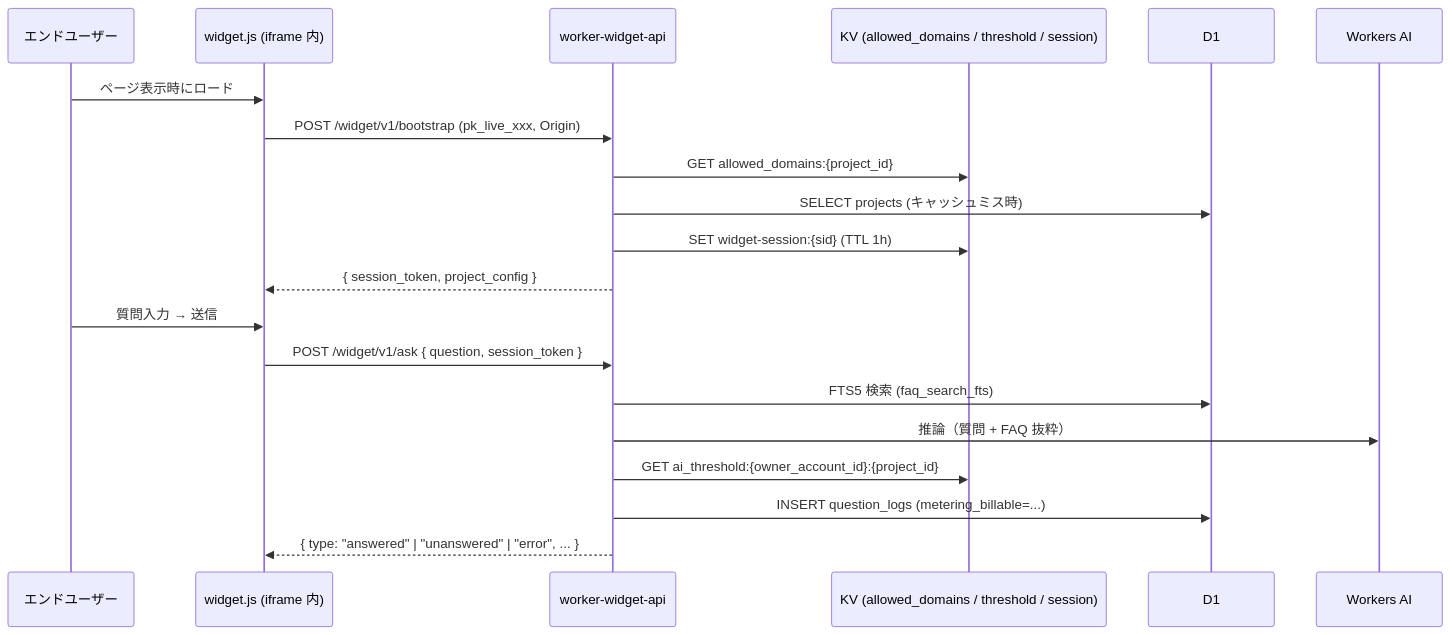
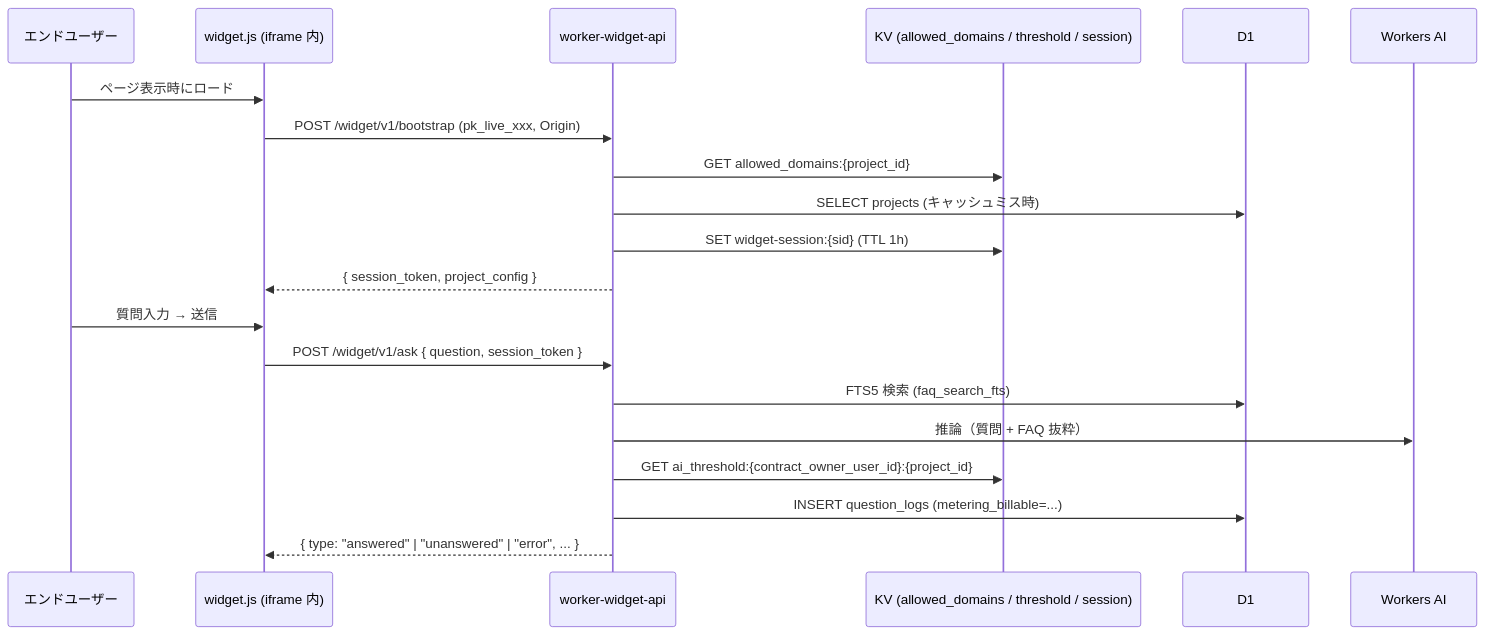
Before and after one commit to sikakou54/open-faq: the diagram in 01_メインシステム/03_詳細設計/DD13_ウィジェット配信.md, drawn with Mermaid. The commit also changed 148 other files, not shown here.

First line of the commit message:
docs: v1.12 ユーザー情報管理 3 表分割リファクタリング(accounts → users / contract_owners / project_users)+ build_all_pdfs.sh 追加 + PDF 再生成

````diff
--- a/01_メインシステム/03_詳細設計/DD13_ウィジェット配信.md
+++ b/01_メインシステム/03_詳細設計/DD13_ウィジェット配信.md
@@ -42,23 +42,23 @@
 ```mermaid
 sequenceDiagram
   participant E as エンドユーザー
   participant W as widget.js (iframe 内)
   participant API as worker-widget-api
   participant K as KV (allowed_domains / threshold / session)
   participant D as D1
   participant AI as Workers AI
 
   E->>W: ページ表示時にロード
   W->>API: POST /widget/v1/bootstrap (pk_live_xxx, Origin)
   API->>K: GET allowed_domains:{project_id}
   API->>D: SELECT projects (キャッシュミス時)
   API->>K: SET widget-session:{sid} (TTL 1h)
   API-->>W: { session_token, project_config }
   E->>W: 質問入力 → 送信
   W->>API: POST /widget/v1/ask { question, session_token }
   API->>D: FTS5 検索 (faq_search_fts)
   API->>AI: 推論（質問 + FAQ 抜粋）
-  API->>K: GET ai_threshold:{owner_account_id}:{project_id}
+  API->>K: GET ai_threshold:{contract_owner_user_id}:{project_id}
   API->>D: INSERT question_logs (metering_billable=...)
   API-->>W: { type: "answered" | "unanswered" | "error", ... }
 ```
````
